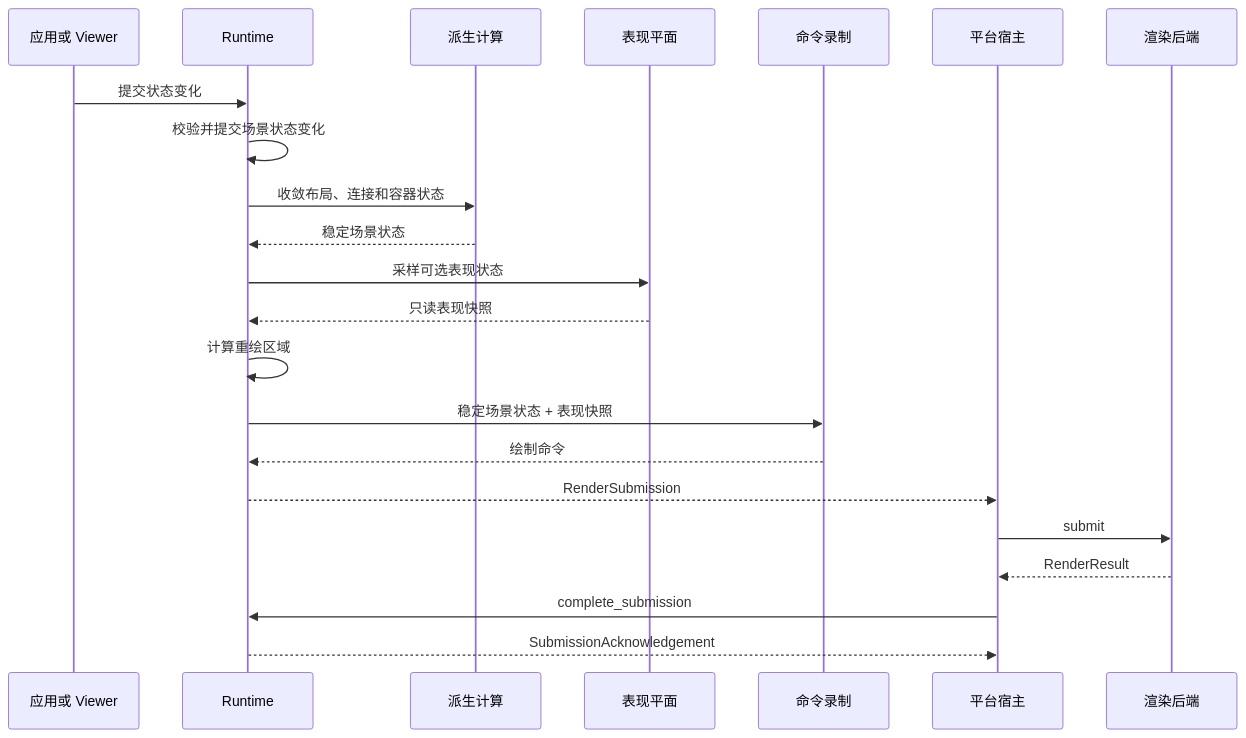
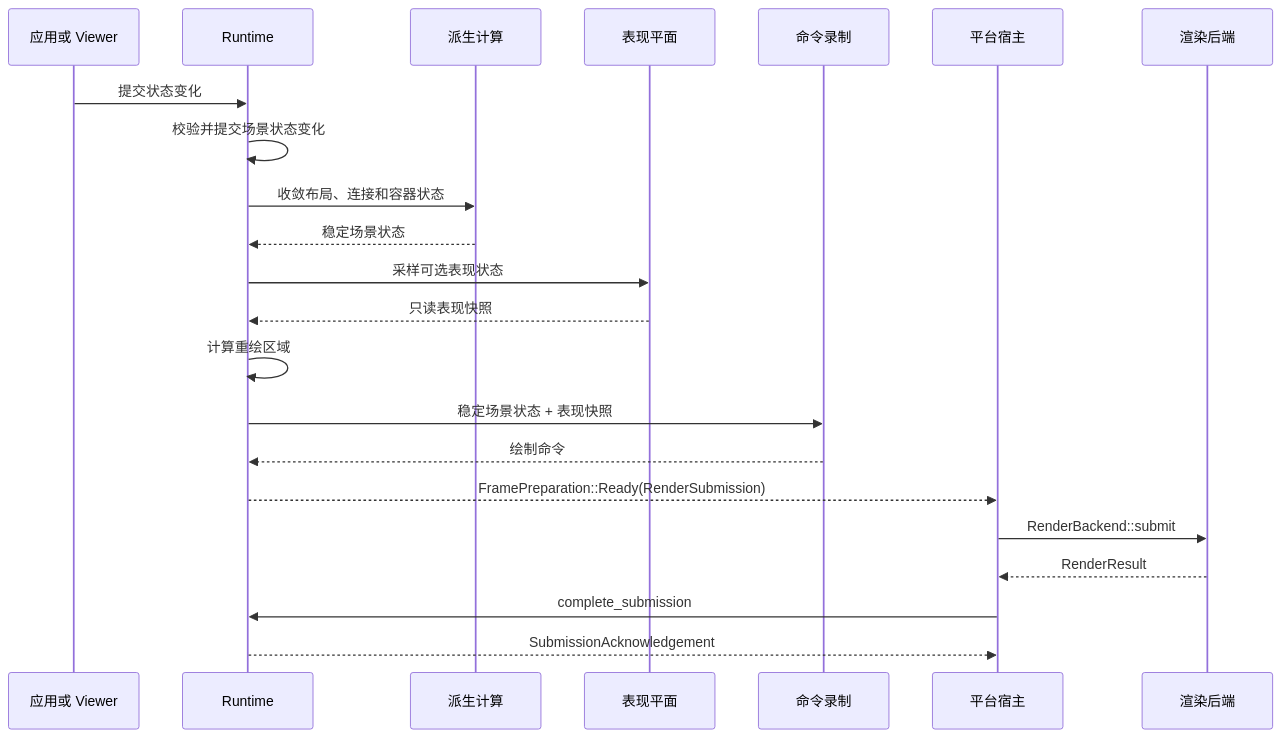
The third of 4 diagrams in engine/wasm_rust/novadraw/book/internals/src/01-graphical-framework.md (yezhang/novadraw), drawn with Mermaid before and after one commit. The commit also changed other lines of this file and 25 other files, not shown here.

````diff
--- a/engine/wasm_rust/novadraw/book/internals/src/01-graphical-framework.md
+++ b/engine/wasm_rust/novadraw/book/internals/src/01-graphical-framework.md
@@ -229,25 +230,25 @@
 ```mermaid
 sequenceDiagram
     participant Source as 应用或 Viewer
     participant Runtime
     participant Derived as 派生计算
     participant Presentation as 表现平面
     participant Recorder as 命令录制
     participant Host as 平台宿主
     participant Backend as 渲染后端
 
     Source->>Runtime: 提交状态变化
     Runtime->>Runtime: 校验并提交场景状态变化
     Runtime->>Derived: 收敛布局、连接和容器状态
     Derived-->>Runtime: 稳定场景状态
     Runtime->>Presentation: 采样可选表现状态
     Presentation-->>Runtime: 只读表现快照
     Runtime->>Runtime: 计算重绘区域
     Runtime->>Recorder: 稳定场景状态 + 表现快照
     Recorder-->>Runtime: 绘制命令
-    Runtime-->>Host: RenderSubmission
-    Host->>Backend: submit
+    Runtime-->>Host: FramePreparation::Ready(RenderSubmission)
+    Host->>Backend: RenderBackend::submit
     Backend-->>Host: RenderResult
     Host->>Runtime: complete_submission
     Runtime-->>Host: SubmissionAcknowledgement
 ```
````
